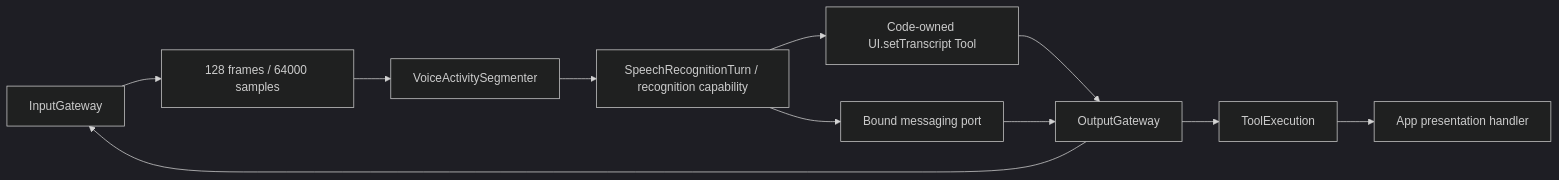
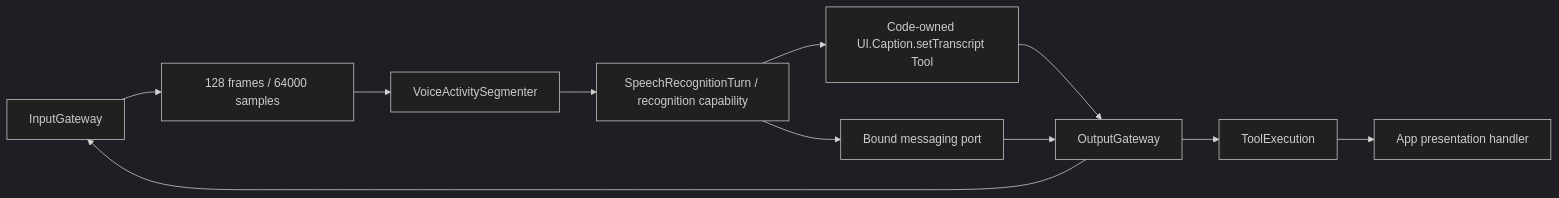
The first of 4 diagrams in MobileHarness/Agents/SpeechPerception/README.md (devilyouwei/MobileHarness), drawn with Mermaid (dark theme) before and after one commit. The commit also changed other lines of this file and 238 other files, not shown here.

````diff
--- a/MobileHarness/Agents/SpeechPerception/README.md
+++ b/MobileHarness/Agents/SpeechPerception/README.md
@@ -5,12 +5,12 @@
 ```mermaid
 flowchart LR
     InputGateway --> Inbox[128 frames / 64000 samples]
     Inbox --> VAD[VoiceActivitySegmenter]
     VAD --> ASR[SpeechRecognitionTurn / recognition capability]
-    ASR --> Caption[Code-owned UI.setTranscript Tool]
+    ASR --> Caption[Code-owned UI.Caption.setTranscript Tool]
     Caption --> OutputGateway
     OutputGateway --> ToolExecution --> UI[App presentation handler]
     ASR --> Port[Bound messaging port]
     Port --> OutputGateway
     OutputGateway --> InputGateway
 ```
````
